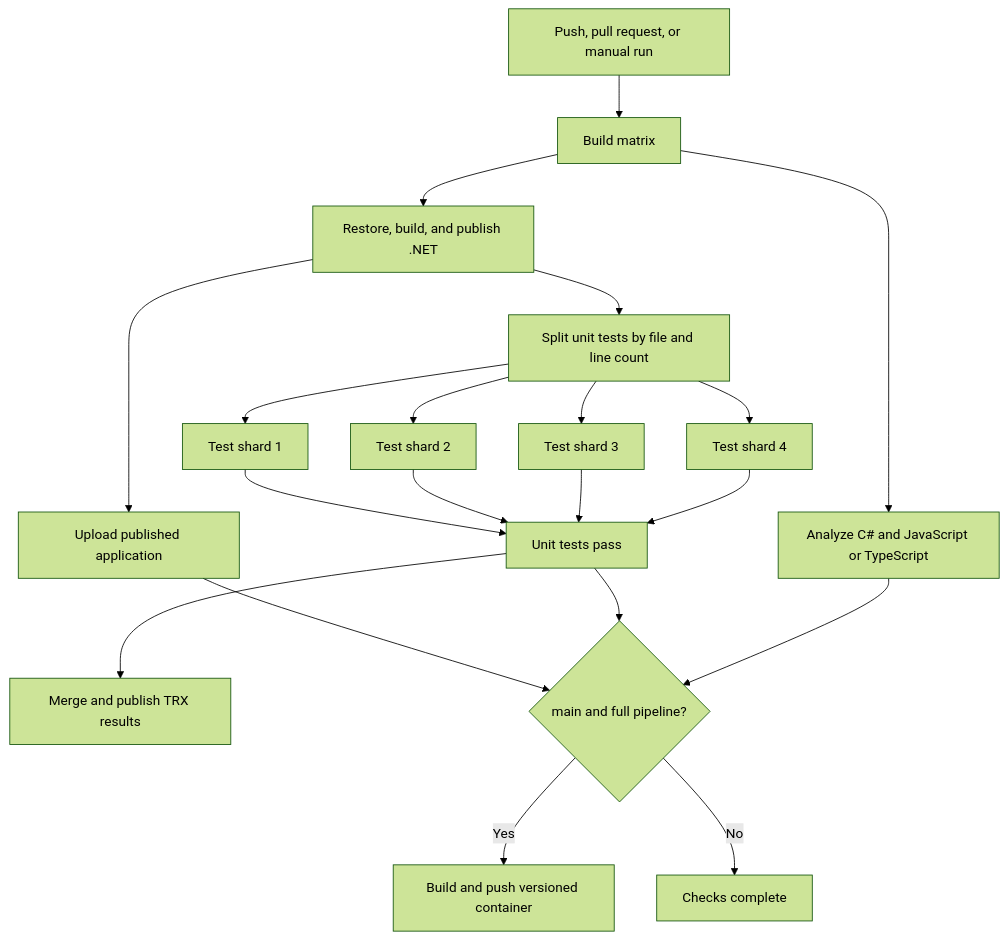
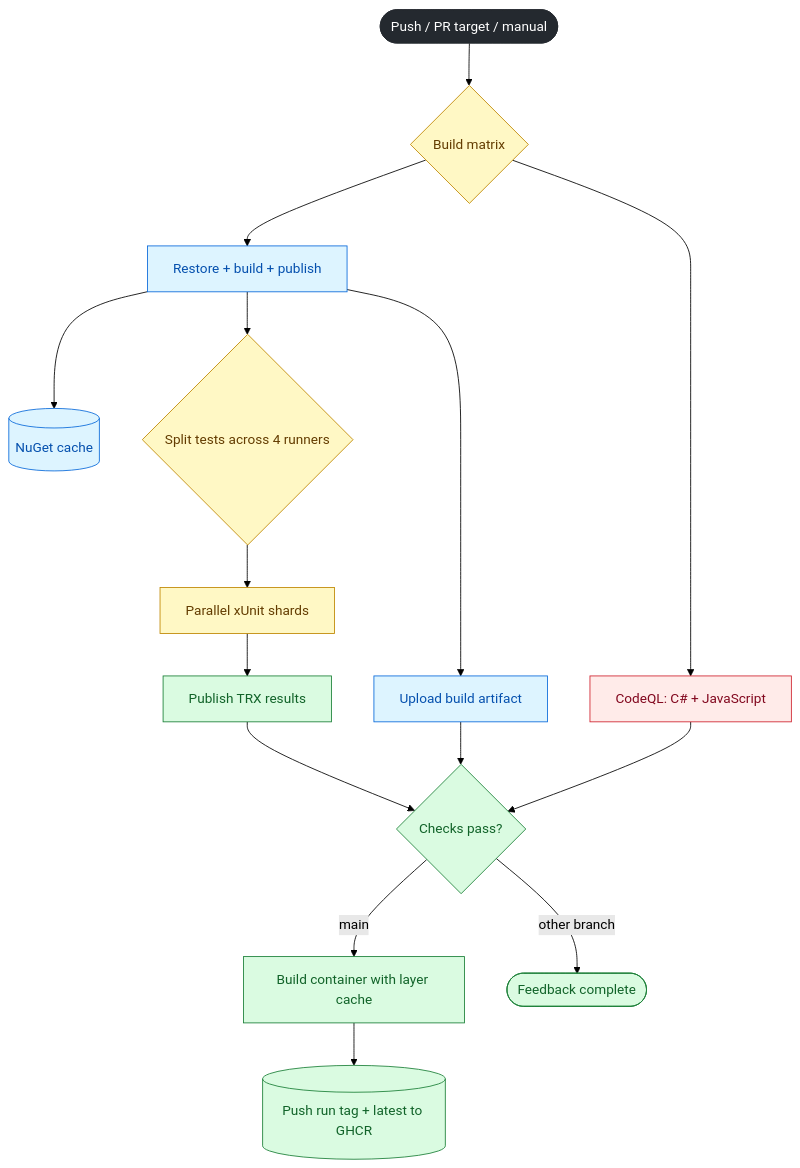
One commit to octodemo/dotnet-razor-pages-movie changed the second of 4 diagrams in README.md. Above: the diagram before and after it, drawn with Mermaid (forest theme). The commit also changed other lines of this file, not shown here.

Commit message:
Center README on visual CI/CD pipeline

````diff
--- a/README.md
+++ b/README.md
@@ -64,22 +40,29 @@
 ```mermaid
 flowchart TD
-    Trigger[Push, pull request, or manual run] --> BuildMatrix[Build matrix]
-    BuildMatrix --> DotNet[Restore, build, and publish .NET]
-    BuildMatrix --> CodeQL[Analyze C# and JavaScript or TypeScript]
-    DotNet --> Artifact[Upload published application]
-    DotNet --> Split[Split unit tests by file and line count]
-    Split --> T1[Test shard 1]
-    Split --> T2[Test shard 2]
-    Split --> T3[Test shard 3]
-    Split --> T4[Test shard 4]
-    T1 --> TestsPass[Unit tests pass]
-    T2 --> TestsPass
-    T3 --> TestsPass
-    T4 --> TestsPass
-    TestsPass --> Report[Merge and publish TRX results]
-    Artifact --> Main{main and full pipeline?}
-    TestsPass --> Main
-    CodeQL --> Main
-    Main -- Yes --> Container[Build and push versioned container]
-    Main -- No --> Done[Checks complete]
+    Trigger([Push / PR target / manual]) --> Matrix{Build matrix}
+    Matrix --> DotNet[Restore + build + publish]
+    Matrix --> CodeQL[CodeQL: C# + JavaScript]
+    DotNet --> Cache[(NuGet cache)]
+    DotNet --> Split{Split tests across 4 runners}
+    Split --> Tests[Parallel xUnit shards]
+    Tests --> Results[Publish TRX results]
+    DotNet --> Artifact[Upload build artifact]
+    CodeQL --> Ready{Checks pass?}
+    Results --> Ready
+    Artifact --> Ready
+    Ready -- main --> Docker[Build container with layer cache]
+    Docker --> GHCR[(Push run tag + latest to GHCR)]
+    Ready -- other branch --> Done([Feedback complete])
+
+    classDef trigger fill:#24292f,color:#fff,stroke:#24292f;
+    classDef work fill:#ddf4ff,color:#0550ae,stroke:#0969da;
+    classDef parallel fill:#fff8c5,color:#633c01,stroke:#bf8700;
+    classDef security fill:#ffebe9,color:#82071e,stroke:#cf222e;
+    classDef output fill:#dafbe1,color:#116329,stroke:#1a7f37;
+
+    class Trigger trigger;
+    class DotNet,Cache,Artifact work;
+    class Matrix,Split,Tests parallel;
+    class CodeQL security;
+    class Results,Ready,Docker,GHCR,Done output;
 ```
````
